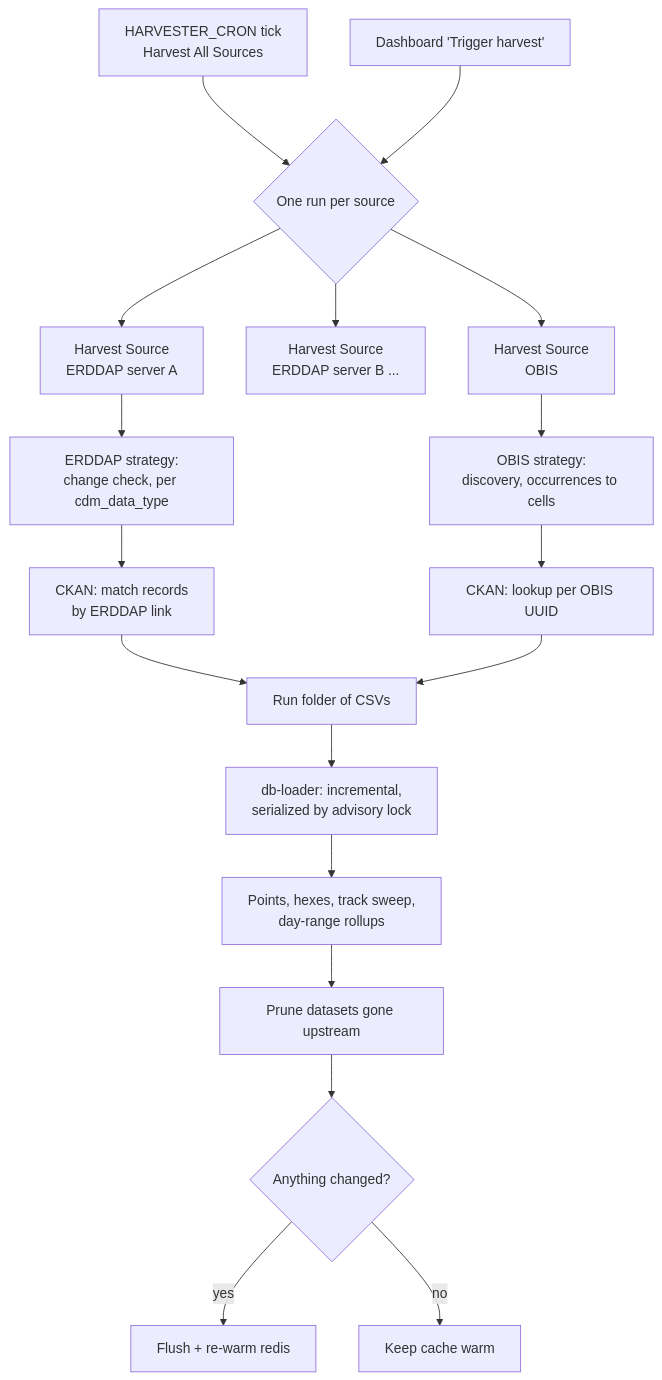
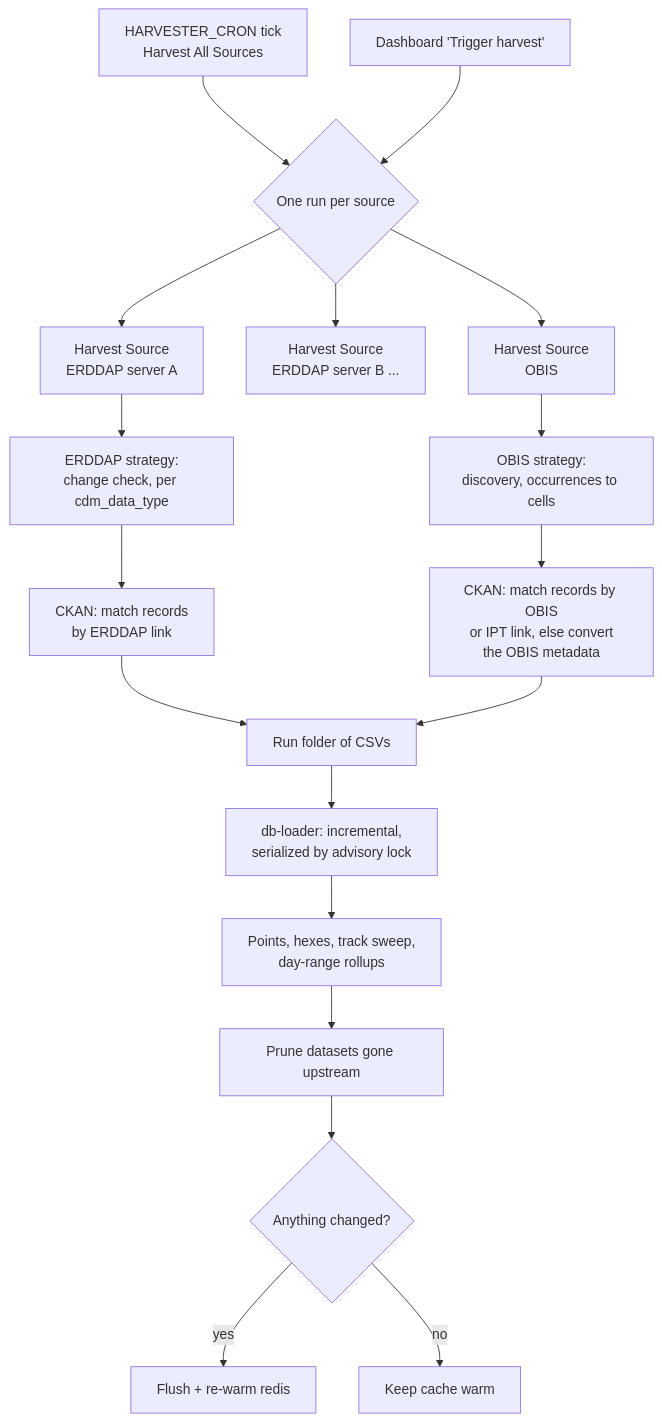
The diagram in docs/harvesting/workflow.md (cioos-siooc/explore-cioos), drawn with Mermaid before and after one commit. The commit also changed other lines of this file and 13 other files, not shown here.

Commit message:
Match OBIS datasets to catalogue.cioos.ca like ERDDAP; convert unmatched ones with cioos-metadata-conversion

````diff
--- a/docs/harvesting/workflow.md
+++ b/docs/harvesting/workflow.md
@@ -26,23 +26,23 @@
 ```mermaid
 flowchart TD
     cron["HARVESTER_CRON tick<br/>Harvest All Sources"] --> fan{"One run per source"}
     dash["Dashboard 'Trigger harvest'"] --> fan
     fan --> e1["Harvest Source<br/>ERDDAP server A"]
     fan --> e2["Harvest Source<br/>ERDDAP server B ..."]
     fan --> o["Harvest Source<br/>OBIS"]
 
     e1 --> ehv["ERDDAP strategy:<br/>change check, per cdm_data_type"]
     ehv --> ckan["CKAN: match records<br/>by ERDDAP link"]
     ckan --> csv["Run folder of CSVs"]
 
     o --> ohv["OBIS strategy:<br/>discovery, occurrences to cells"]
-    ohv --> ockan["CKAN: lookup per OBIS UUID"]
+    ohv --> ockan["CKAN: match records by OBIS<br/>or IPT link, else convert<br/>the OBIS metadata"]
     ockan --> csv
 
     csv --> load["db-loader: incremental,<br/>serialized by advisory lock"]
     load --> post["Points, hexes, track sweep,<br/>day-range rollups"]
     post --> prune["Prune datasets gone upstream"]
     prune --> redis{"Anything changed?"}
     redis -- yes --> flush["Flush + re-warm redis"]
     redis -- no --> keep["Keep cache warm"]
 ```
````
